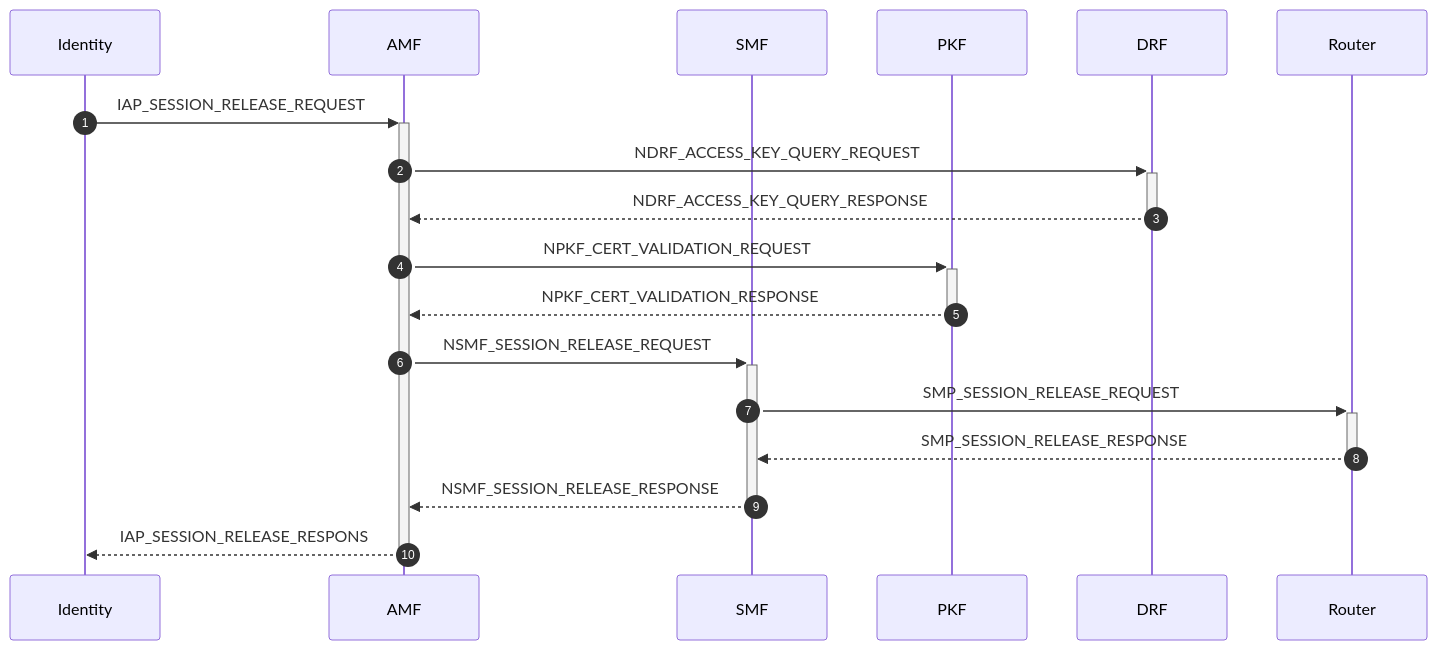
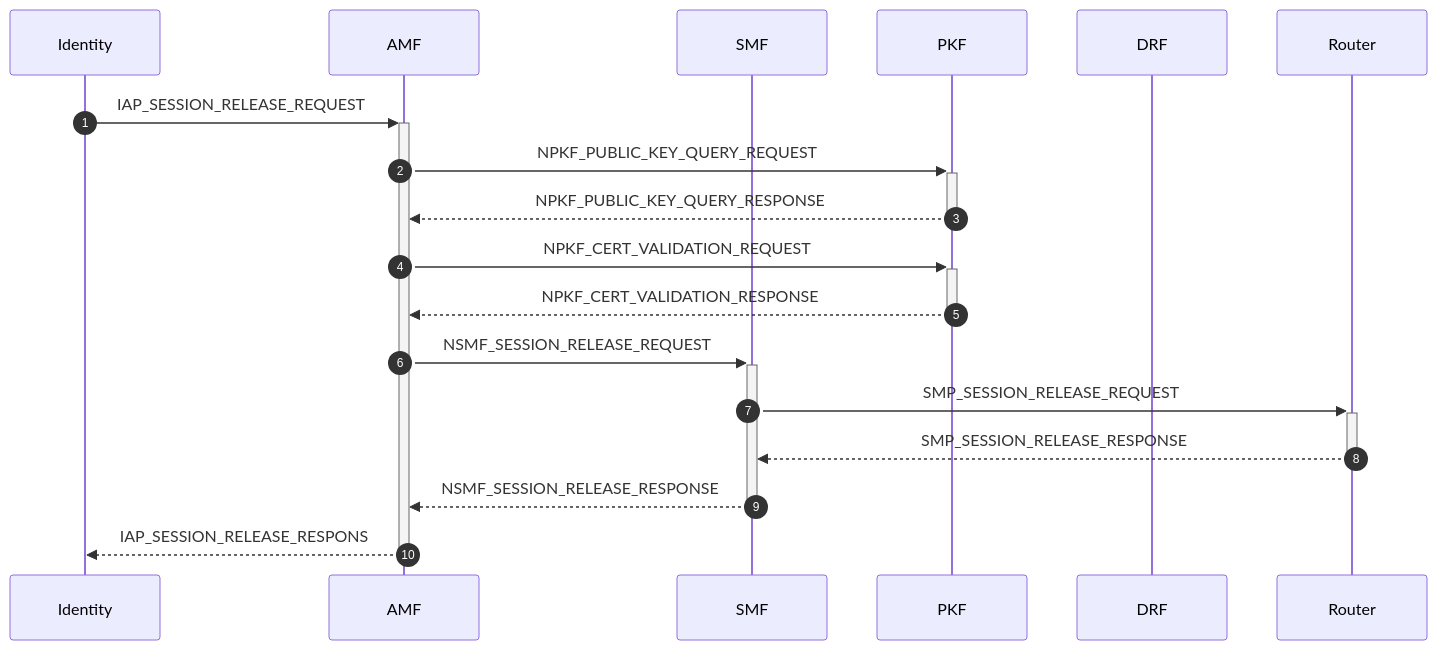
Before and after one commit to veil-link/veilink: diagram 13 of 23 in doc/doc-spec/00-series-general/00.002-procedure.md, drawn with Mermaid. The commit also changed other lines of this file and 2 other files, not shown here.

Commit message:
chore: remove access key with access public/private key

````diff
--- a/doc/doc-spec/00-series-general/00.002-procedure.md
+++ b/doc/doc-spec/00-series-general/00.002-procedure.md
@@ -310,22 +313,22 @@
 ```mermaid
 sequenceDiagram
     autonumber
 
     participant id as Identity
     participant amf as AMF
     participant smf as SMF
     participant pkf as PKF
     participant drf as DRF
     participant rt as Router
 
     id ->>+ amf: IAP_SESSION_RELEASE_REQUEST
-    amf ->>+ drf: NDRF_ACCESS_KEY_QUERY_REQUEST
-    drf -->>- amf: NDRF_ACCESS_KEY_QUERY_RESPONSE
+    amf ->>+ pkf: NPKF_PUBLIC_KEY_QUERY_REQUEST
+    pkf -->>- amf: NPKF_PUBLIC_KEY_QUERY_RESPONSE
     amf ->>+ pkf: NPKF_CERT_VALIDATION_REQUEST
     pkf -->>- amf: NPKF_CERT_VALIDATION_RESPONSE
     amf ->>+ smf: NSMF_SESSION_RELEASE_REQUEST
     smf ->>+ rt: SMP_SESSION_RELEASE_REQUEST
     rt -->>- smf: SMP_SESSION_RELEASE_RESPONSE
     smf -->>- amf: NSMF_SESSION_RELEASE_RESPONSE
     amf -->>- id: IAP_SESSION_RELEASE_RESPONS
 ```
````
